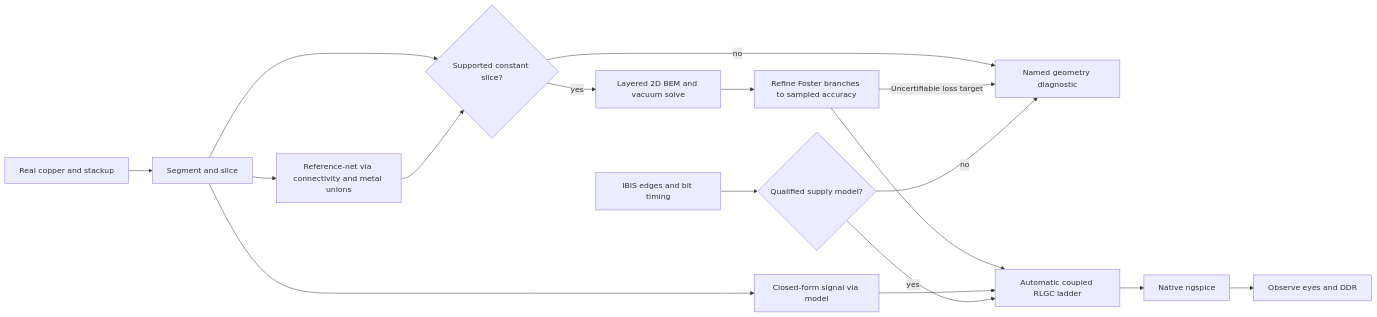
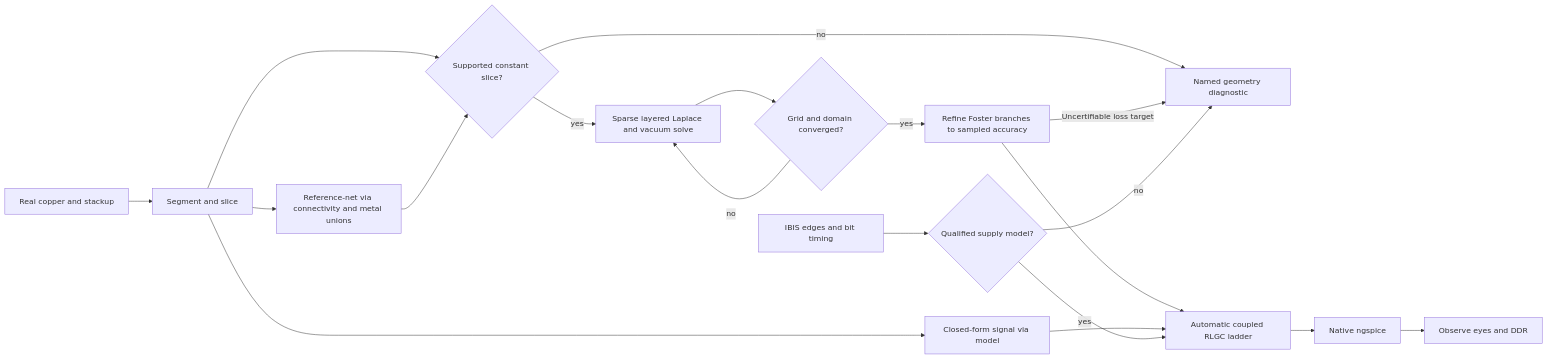
One commit to tscircuit/pcb-spice-pipeline changed the diagram in docs/2d-extraction.md. Above: the diagram before and after it, drawn with Mermaid. The commit also changed other lines of this file and 9 other files, not shown here.

First line of the commit message:
wip: replace dense field panels with sparse finite volumes

````diff
--- a/docs/2d-extraction.md
+++ b/docs/2d-extraction.md
@@ -46,19 +56,21 @@
 ```mermaid
 flowchart LR
   copper[Real copper and stackup] --> segments[Segment and slice]
   segments --> valid{Supported constant slice?}
-  valid -->|yes| bem[Layered 2D BEM and vacuum solve]
+  valid -->|yes| field[Sparse layered Laplace and vacuum solve]
   valid -->|no| error[Named geometry diagnostic]
   segments --> reference[Reference-net via connectivity and metal unions]
   reference --> valid
   segments --> via[Closed-form signal via model]
-  bem --> fit[Refine Foster branches to sampled accuracy]
+  field --> domain{Grid and domain converged?}
+  domain -->|no| field
+  domain -->|yes| fit[Refine Foster branches to sampled accuracy]
   fit --> ladder[Automatic coupled RLGC ladder]
   fit -->|Uncertifiable loss target| error
   via --> ladder
   ibis[IBIS edges and bit timing] --> package{Qualified supply model?}
   package -->|yes| ladder
   package -->|no| error
   ladder --> spice[Native ngspice]
   spice --> eyes[Observe eyes and DDR]
 ```
````
